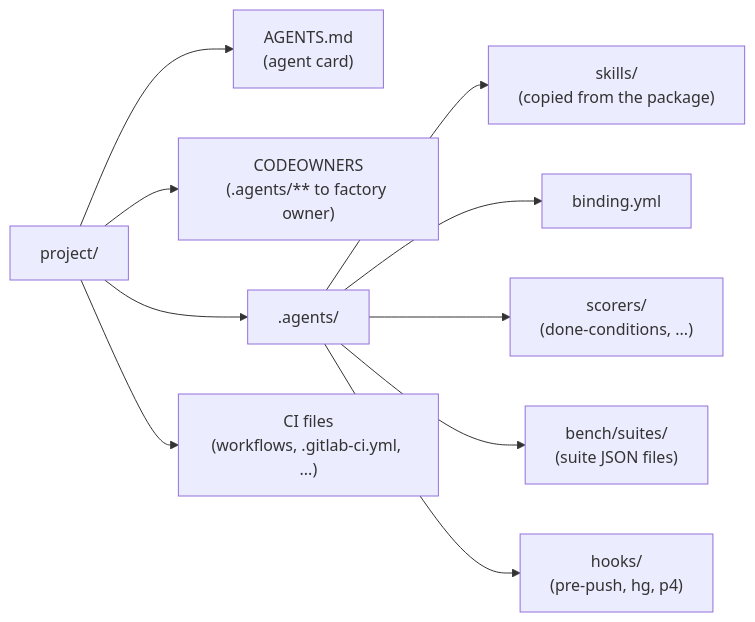
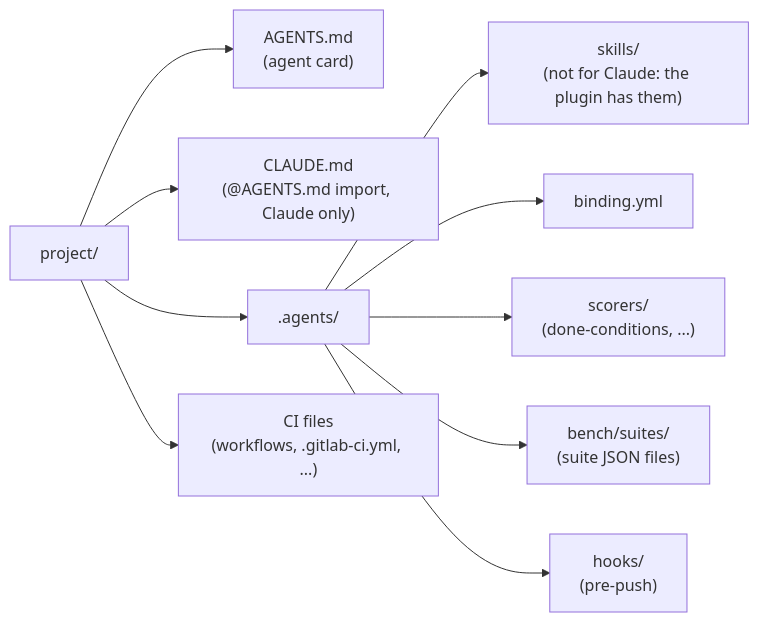
Before and after one commit to dmitriywind/agentic-sdlc: the fifth of 5 diagrams in docs/architecture/components.md, drawn with Mermaid. The commit also changed other lines of this file and 101 other files, not shown here.

First line of the commit message:
fix: apply the v2 audit (security, Claude plugin, folding, Git only)

````diff
--- a/docs/architecture/components.md
+++ b/docs/architecture/components.md
@@ -198,13 +204,13 @@
 ```mermaid
 flowchart LR
   R["project/"]
   R --> A["AGENTS.md<br/>(agent card)"]
-  R --> CO["CODEOWNERS<br/>(.agents/** to factory owner)"]
+  R --> CL["CLAUDE.md<br/>(@AGENTS.md import, Claude only)"]
   R --> AG[".agents/"]
   R --> CIF["CI files<br/>(workflows, .gitlab-ci.yml, ...)"]
-  AG --> SK["skills/<br/>(copied from the package)"]
+  AG --> SK["skills/<br/>(not for Claude: the plugin has them)"]
   AG --> BI["binding.yml"]
   AG --> SC["scorers/<br/>(done-conditions, ...)"]
   AG --> BE["bench/suites/<br/>(suite JSON files)"]
-  AG --> HK["hooks/<br/>(pre-push, hg, p4)"]
+  AG --> HK["hooks/<br/>(pre-push)"]
 ```
````
